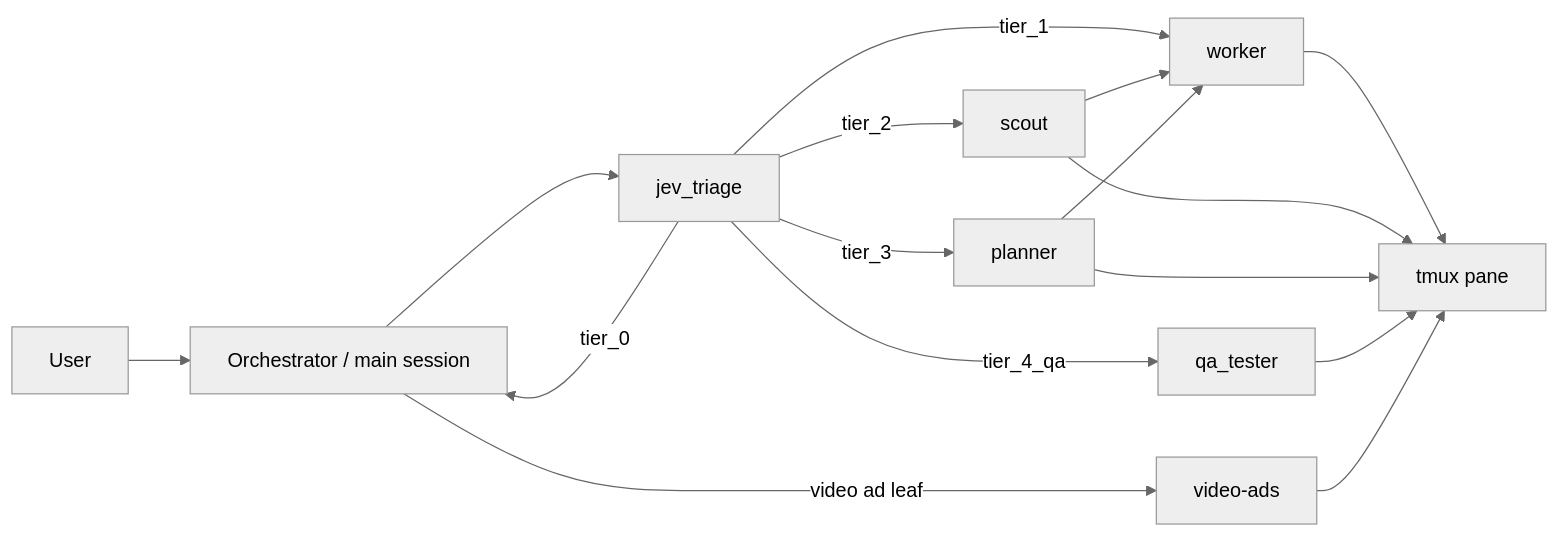
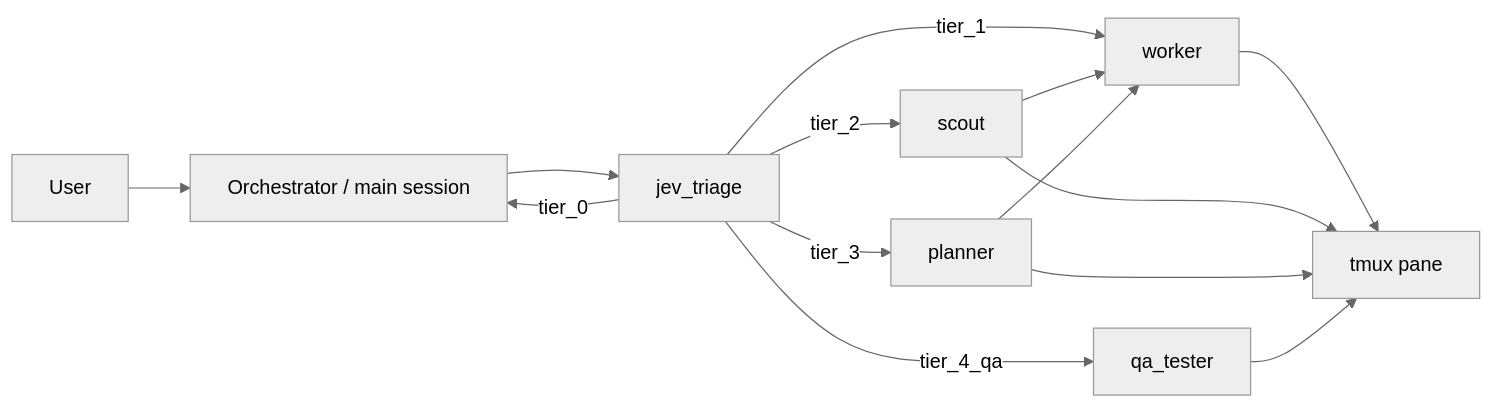
One commit to VisionCraft3r/ultimate-pi changed the diagram in README.md. Above: the diagram before and after it, drawn with Mermaid (neutral theme). The commit also changed other lines of this file and 16 other files, not shown here.

First line of the commit message:
install: drop the video-ads role from the shipped team

````diff
--- a/README.md
+++ b/README.md
@@ -236,16 +239,14 @@
 ```mermaid
 flowchart LR
     U[User] --> O[Orchestrator / main session]
     O --> J[jev_triage]
     J -->|tier_0| O
     J -->|tier_1| W[worker]
     J -->|tier_2| S[scout] --> W
     J -->|tier_3| P[planner] --> W
     J -->|tier_4_qa| Q[qa_tester]
-    O -->|video ad leaf| V[video-ads]
     W --> T[tmux pane]
     S --> T
     P --> T
     Q --> T
-    V --> T
 ```
````
